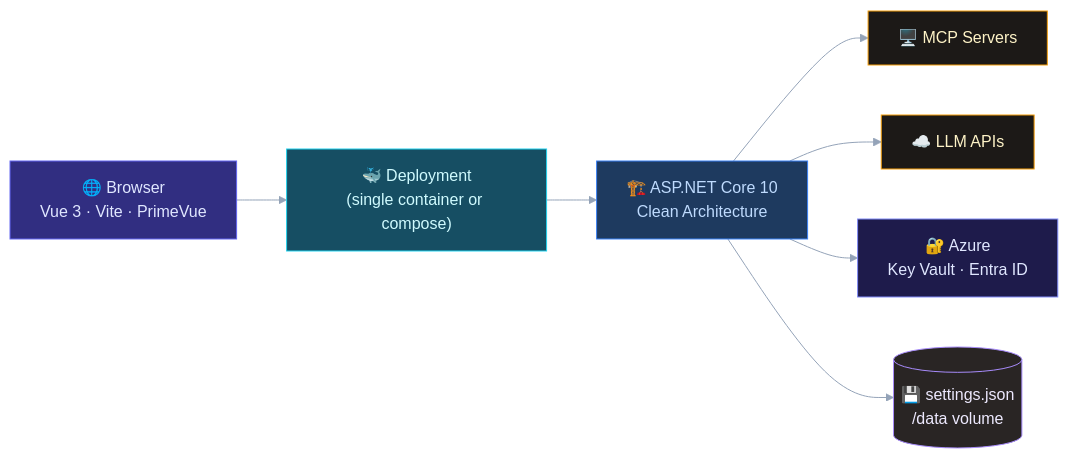
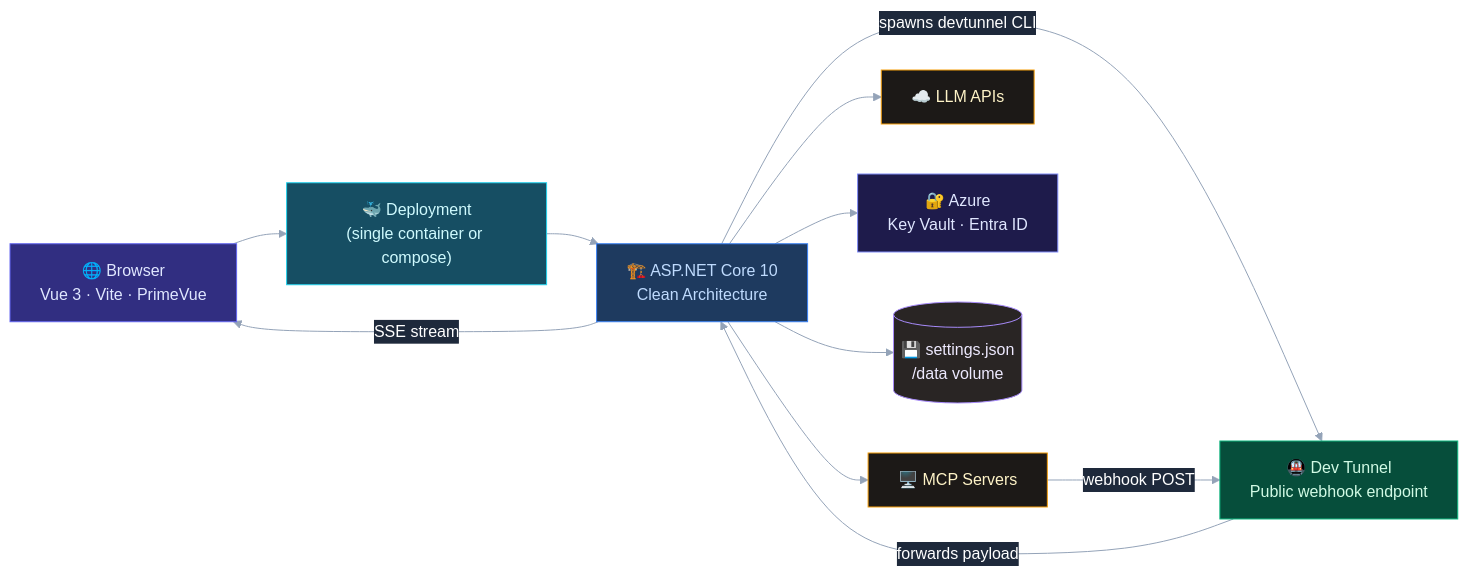
One commit to garrardkitchen/mcp-explorer-vue changed the first of 7 diagrams in README.md. Above: the diagram before and after it, drawn with Mermaid. The commit also changed other lines of this file and 68 other files, not shown here.

First line of the commit message:
feat: Dev Tunnels — webhook capture with live SSE inspector (#9)

````diff
--- a/README.md
+++ b/README.md
@@ -34,39 +35,45 @@
 ```mermaid
 %%{ init: { "theme": "base", "themeVariables": {
   "primaryColor":        "#6366f1",
   "primaryTextColor":    "#ffffff",
   "primaryBorderColor":  "#4f46e5",
   "lineColor":           "#94a3b8",
   "secondaryColor":      "#0f172a",
   "tertiaryColor":       "#1e293b",
   "background":          "#0f172a",
   "mainBkg":             "#1e293b",
   "nodeBorder":          "#334155",
   "clusterBkg":          "#1e293b",
   "titleColor":          "#f8fafc",
   "edgeLabelBackground": "#1e293b",
   "fontFamily":          "ui-monospace, monospace"
 } } }%%
 
 flowchart LR
   Browser["🌐 Browser\nVue 3 · Vite · PrimeVue"] --> Deployment["🐳 Deployment\n(single container or compose)"]
   Deployment --> Backend["🏗️ ASP.NET Core 10\nClean Architecture"]
   Backend --> MCPServers["🖥️ MCP Servers"]
   Backend --> LLMAPIs["☁️ LLM APIs"]
   Backend --> Azure["🔐 Azure\nKey Vault · Entra ID"]
   Backend --> Storage[("💾 settings.json\n/data volume")]
+  Backend -->|"spawns devtunnel CLI"| DevTunnel["🚇 Dev Tunnel\nPublic webhook endpoint"]
+  MCPServers -->|"webhook POST"| DevTunnel
+  DevTunnel -->|"forwards payload"| Backend
+  Backend -->|"SSE stream"| Browser
 
   classDef browser   fill:#312e81,stroke:#6366f1,color:#e0e7ff
   classDef deploy    fill:#164e63,stroke:#22d3ee,color:#cffafe
   classDef backend   fill:#1e3a5f,stroke:#3b82f6,color:#bfdbfe
   classDef external  fill:#1c1917,stroke:#f59e0b,color:#fef3c7
   classDef azure     fill:#1e1b4b,stroke:#818cf8,color:#e0e7ff
   classDef data      fill:#292524,stroke:#a78bfa,color:#ede9fe
+  classDef tunnel    fill:#064e3b,stroke:#10b981,color:#d1fae5
 
   class Browser browser
   class Deployment deploy
   class Backend backend
   class MCPServers,LLMAPIs external
   class Azure azure
   class Storage data
+  class DevTunnel tunnel
 ```
````
